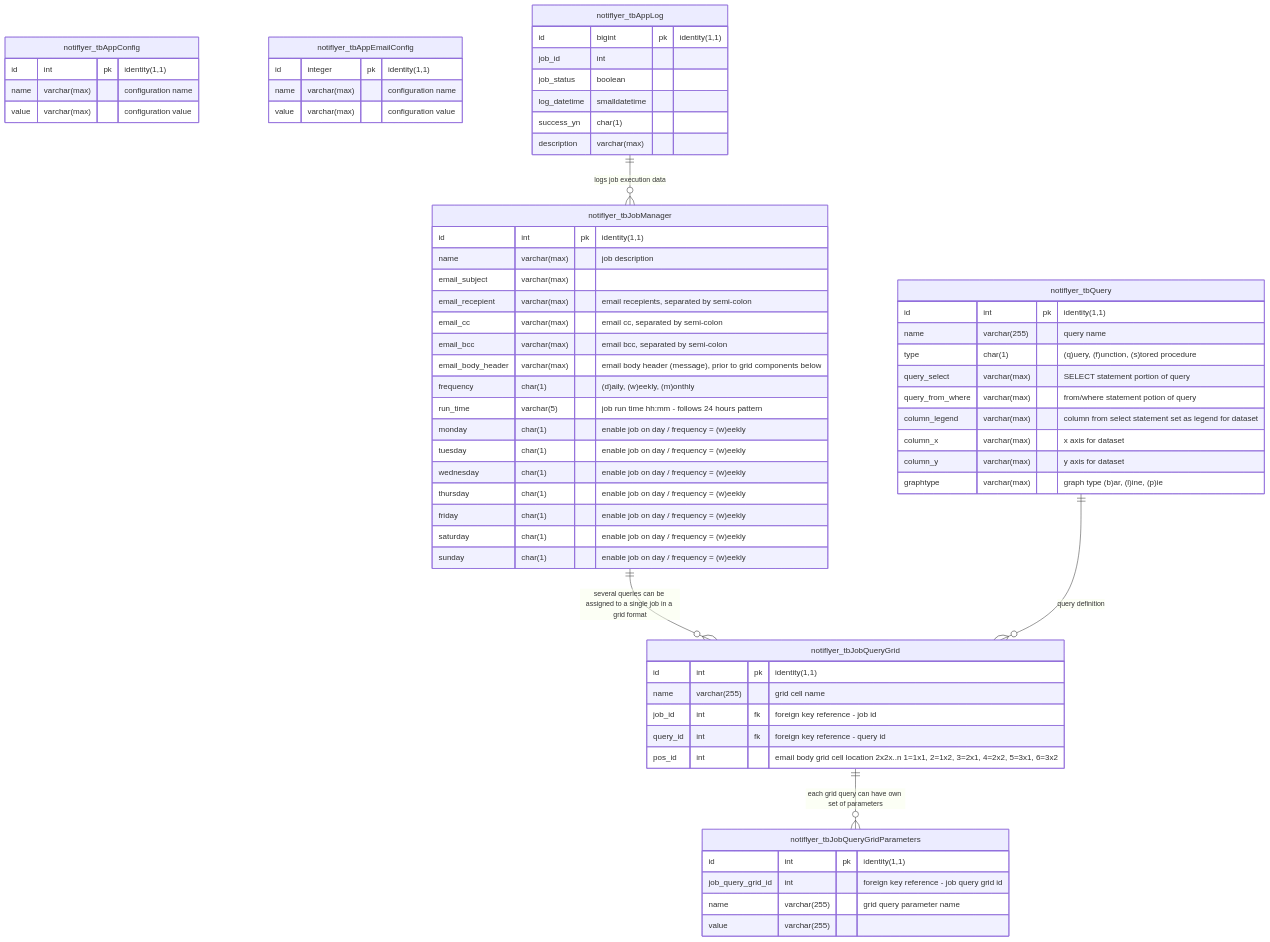
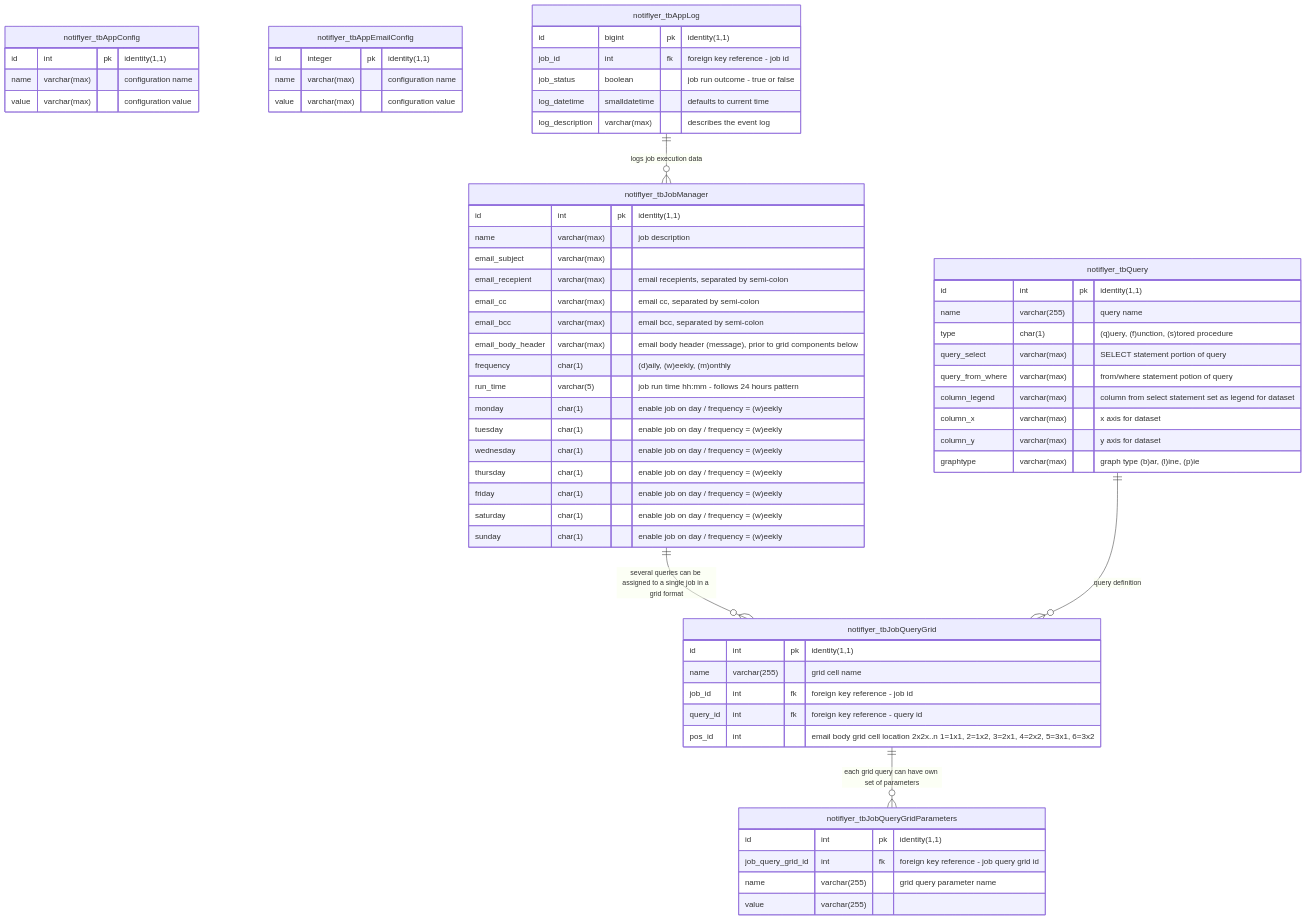
One commit to cleancoda/notiflyer changed the diagram in documentation/mssql/README.md. Above: the diagram before and after it, drawn with Mermaid. The commit also changed 1 other file, not shown here.

Commit message:
updated readme and mssql schema script

````diff
--- a/documentation/mssql/README.md
+++ b/documentation/mssql/README.md
@@ -24,77 +24,76 @@
 ```mermaid
 erDiagram
     
 
     notiflyer_tbJobManager {
         id int pk "identity(1,1)"
         name varchar(max) "job description"
         email_subject varchar(max)
         email_recepient varchar(max) "email recepients, separated by semi-colon"
         email_cc varchar(max) "email cc, separated by semi-colon"
         email_bcc varchar(max) "email bcc, separated by semi-colon"
 		email_body_header varchar(max) "email body header (message), prior to grid components below"
         frequency char(1) "(d)aily, (w)eekly, (m)onthly"
 		run_time varchar(5) "job run time hh:mm - follows 24 hours pattern"
 		monday char(1) "enable job on day / frequency = (w)eekly"
 		tuesday char(1) "enable job on day / frequency = (w)eekly"
 		wednesday char(1) "enable job on day / frequency = (w)eekly"
 		thursday char(1) "enable job on day / frequency = (w)eekly"
 		friday char(1) "enable job on day / frequency = (w)eekly"
 		saturday char(1) "enable job on day / frequency = (w)eekly"
 		sunday char(1) "enable job on day / frequency = (w)eekly"
     }
 
     notiflyer_tbQuery {
         id int pk "identity(1,1)"
         name varchar(255) "query name"
 		type char(1) "(q)uery, (f)unction, (s)tored procedure"
 		query_select varchar(max) "SELECT statement portion of query"
 		query_from_where varchar(max) "from/where statement potion of query"
 		column_legend varchar(max) "column from select statement set as legend for dataset"
 		column_x varchar(max) "x axis for dataset"
 		column_y varchar(max) "y axis for dataset"
 		graphtype varchar(max) "graph type (b)ar, (l)ine, (p)ie"
     }
 
     notiflyer_tbJobQueryGrid {
 		id int pk "identity(1,1)"
 		name varchar(255) "grid cell name"
 		job_id int fk "foreign key reference - job id"
 		query_id int fk "foreign key reference - query id"
 		pos_id int "email body grid cell location 2x2x..n 1=1x1, 2=1x2, 3=2x1, 4=2x2, 5=3x1, 6=3x2"
     }
 
     notiflyer_tbJobQueryGridParameters {
         id int pk "identity(1,1)"
-		job_query_grid_id int "foreign key reference - job query grid id"
+		job_query_grid_id int fk "foreign key reference - job query grid id"
 		name varchar(255) "grid query parameter name"
 		value varchar(255)
     }
 
     notiflyer_tbAppConfig {
         id int pk "identity(1,1)"
         name varchar(max) "configuration name"
 		value varchar(max) "configuration value"
     }
 
     notiflyer_tbAppEmailConfig {
         id integer pk "identity(1,1)"
 		name varchar(max) "configuration name"
 		value varchar(max) "configuration value"
     }
 
     notiflyer_tbAppLog {
         id bigint pk "identity(1,1)"
-		job_id int
-        job_status boolean
-		log_datetime smalldatetime
-		success_yn char(1)
-		description varchar(max)
+		job_id int fk "foreign key reference - job id"
+        job_status boolean "job run outcome - true or false"
+		log_datetime smalldatetime "defaults to current time"
+		log_description varchar(max) "describes the event log"
     }
 
     notiflyer_tbJobManager ||--o{ notiflyer_tbJobQueryGrid : "several queries can be assigned to a single job in a grid format"
     notiflyer_tbJobQueryGrid ||--o{ notiflyer_tbJobQueryGridParameters : "each grid query can have own set of parameters"
     notiflyer_tbQuery ||--o{ notiflyer_tbJobQueryGrid : "query definition"
 
     notiflyer_tbAppLog ||--o{ notiflyer_tbJobManager : "logs job execution data"
 ```
````
